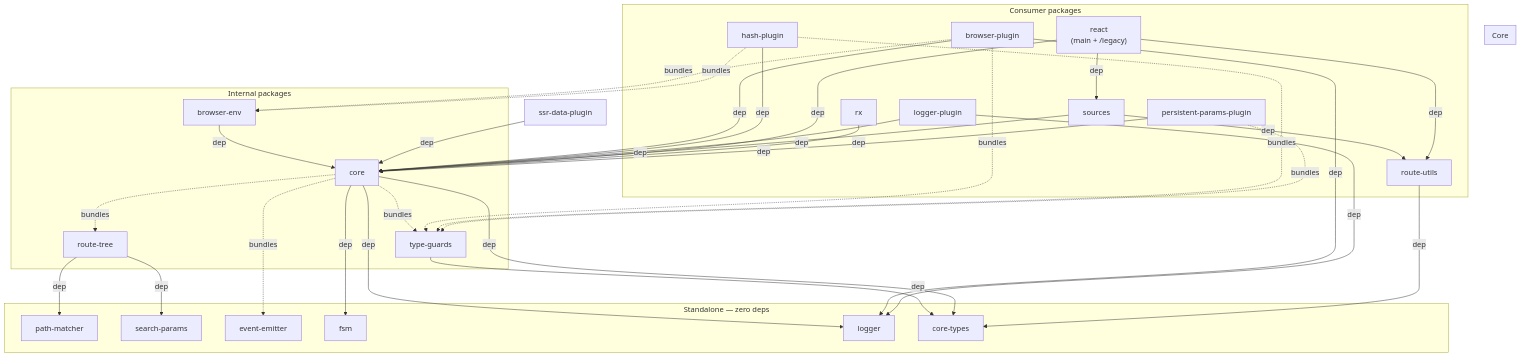
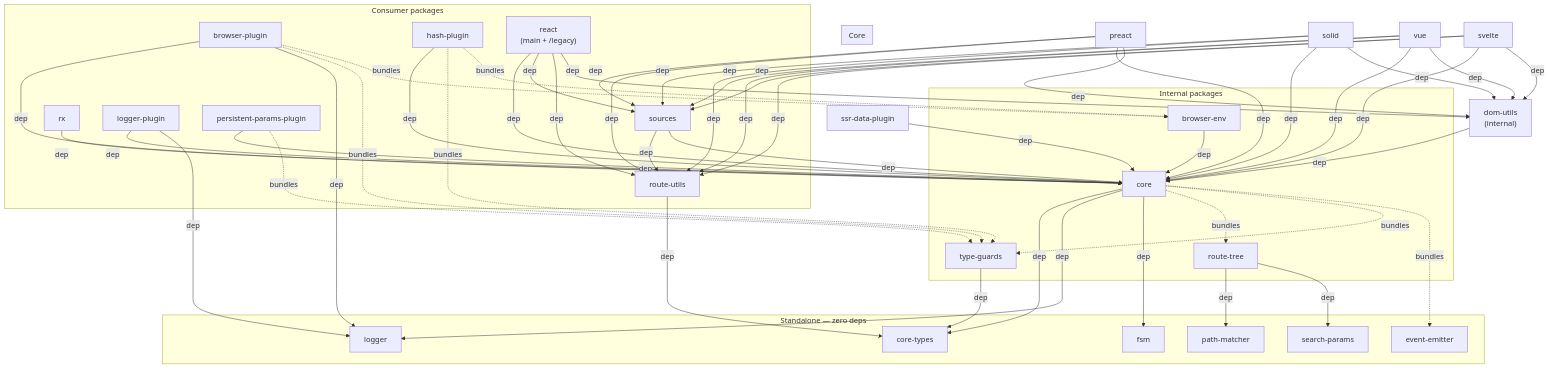
One commit to greydragon888/real-router changed the first of 3 diagrams in ARCHITECTURE.md. Above: the diagram before and after it, drawn with Mermaid. The commit also changed other lines of this file and 345 other files, not shown here.

Commit message:
feat: add Preact, Solid, Vue, and Svelte adapters (#343)

```diff
--- a/ARCHITECTURE.md
+++ b/ARCHITECTURE.md
@@ -101,10 +106,38 @@
     SOURCES -->|dep| ROUTEUTILS
     SOURCES -->|dep| CORE
 
+    DOMUTILS["dom-utils<br/>(internal)"]
+    DOMUTILS -->|dep| CORE
+
     REACT["react<br/>(main + /legacy)"]
     REACT -->|dep| CORE
     REACT -->|dep| SOURCES
     REACT -->|dep| ROUTEUTILS
+    REACT -->|dep| DOMUTILS
+
+    PREACT["preact"]
+    PREACT -->|dep| CORE
+    PREACT -->|dep| SOURCES
+    PREACT -->|dep| ROUTEUTILS
+    PREACT -->|dep| DOMUTILS
+
+    SOLID["solid"]
+    SOLID -->|dep| CORE
+    SOLID -->|dep| SOURCES
+    SOLID -->|dep| ROUTEUTILS
+    SOLID -->|dep| DOMUTILS
+
+    VUE["vue"]
+    VUE -->|dep| CORE
+    VUE -->|dep| SOURCES
+    VUE -->|dep| ROUTEUTILS
+    VUE -->|dep| DOMUTILS
+
+    SVELTE["svelte"]
+    SVELTE -->|dep| CORE
+    SVELTE -->|dep| SOURCES
+    SVELTE -->|dep| ROUTEUTILS
+    SVELTE -->|dep| DOMUTILS
 
     RX -->|dep| CORE
 
```
